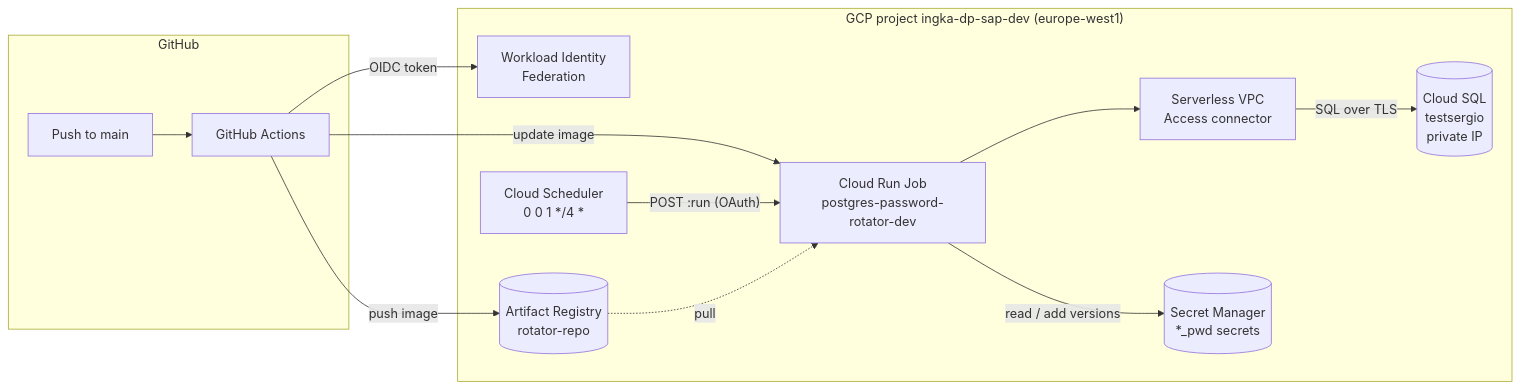
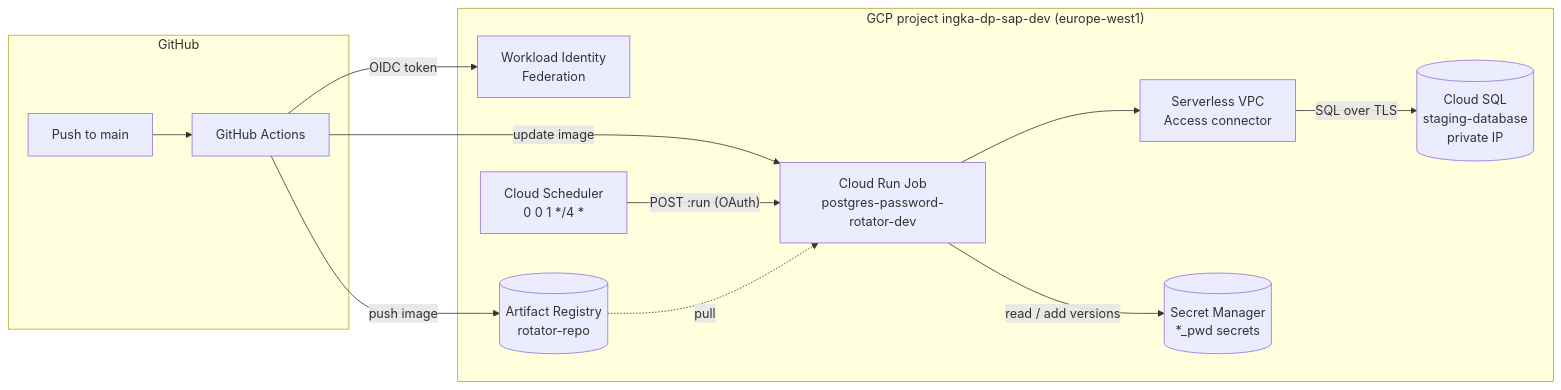
The first of 2 diagrams in ARCHITECTURE.md (Sarank-tech/gcp-postgres-password-rotator), drawn with Mermaid before and after one commit. The commit also changed other lines of this file and 6 other files, not shown here.

First line of the commit message:
fix: connect through Cloud SQL Python Connector for mTLS

````diff
--- a/ARCHITECTURE.md
+++ b/ARCHITECTURE.md
@@ -17,22 +17,22 @@
 ```mermaid
 flowchart LR
     subgraph GitHub
         GH[Push to main] --> GA[GitHub Actions]
     end
     subgraph GCP["GCP project ingka-dp-sap-dev (europe-west1)"]
         WIF[Workload Identity<br/>Federation]
         AR[(Artifact Registry<br/>rotator-repo)]
         SCH[Cloud Scheduler<br/>0 0 1 */4 *]
         JOB[Cloud Run Job<br/>postgres-password-rotator-dev]
         VPCC[Serverless VPC<br/>Access connector]
-        SQL[(Cloud SQL<br/>testsergio<br/>private IP)]
+        SQL[(Cloud SQL<br/>staging-database<br/>private IP)]
         SM[(Secret Manager<br/>*_pwd secrets)]
     end
     GA -- OIDC token --> WIF
     GA -- push image --> AR
     GA -- update image --> JOB
     SCH -- "POST :run (OAuth)" --> JOB
     AR -. pull .-> JOB
     JOB -- read / add versions --> SM
     JOB --> VPCC -- "SQL over TLS" --> SQL
 ```
````
